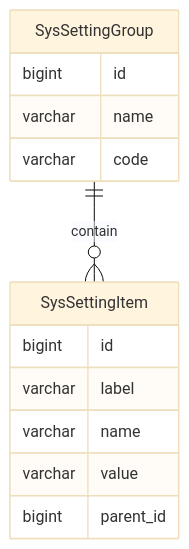
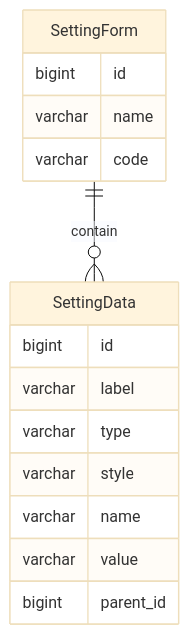
Before and after one commit to mrzhqiang/rowing: the diagram in docs/develop/4.setting.md, drawn with Mermaid (base theme). The commit also changed other lines of this file, not shown here.

````diff
--- a/docs/develop/4.setting.md
+++ b/docs/develop/4.setting.md
@@ -26,16 +24,18 @@
 ```mermaid
 erDiagram
-    SysSettingGroup ||--o{ SysSettingItem : contain
-    SysSettingGroup {
+    SettingForm ||--o{ SettingData : contain
+    SettingForm {
         bigint id
         varchar name
         varchar code
     }
-    SysSettingItem {
+    SettingData {
         bigint id
         varchar label
+        varchar type
+        varchar style
         varchar name
         varchar value
         bigint parent_id
     }
 ```
````
